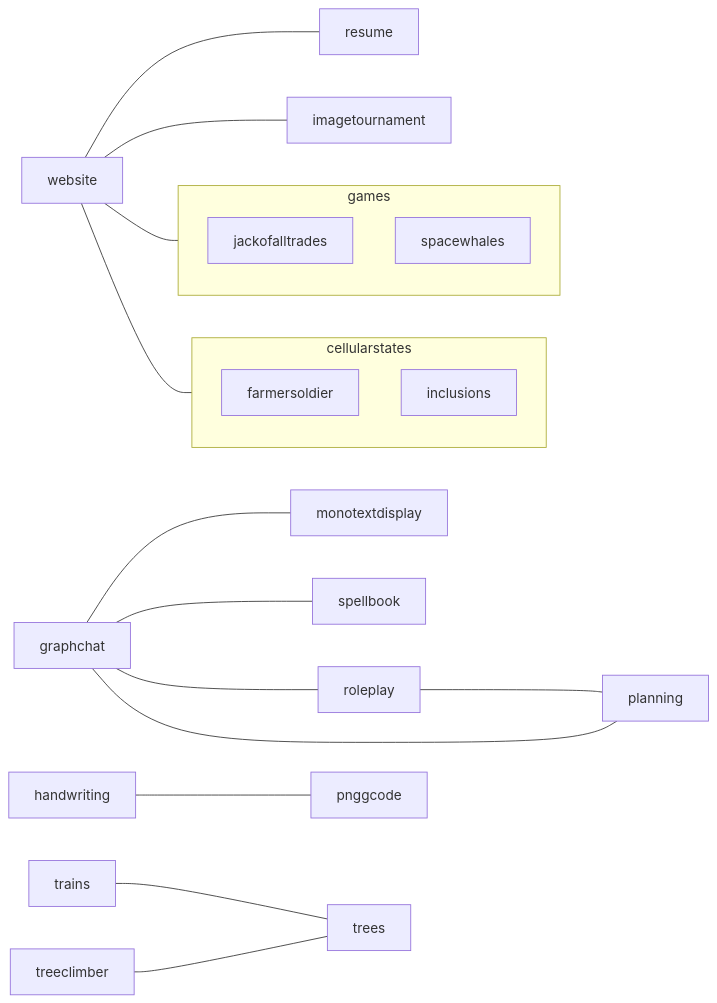
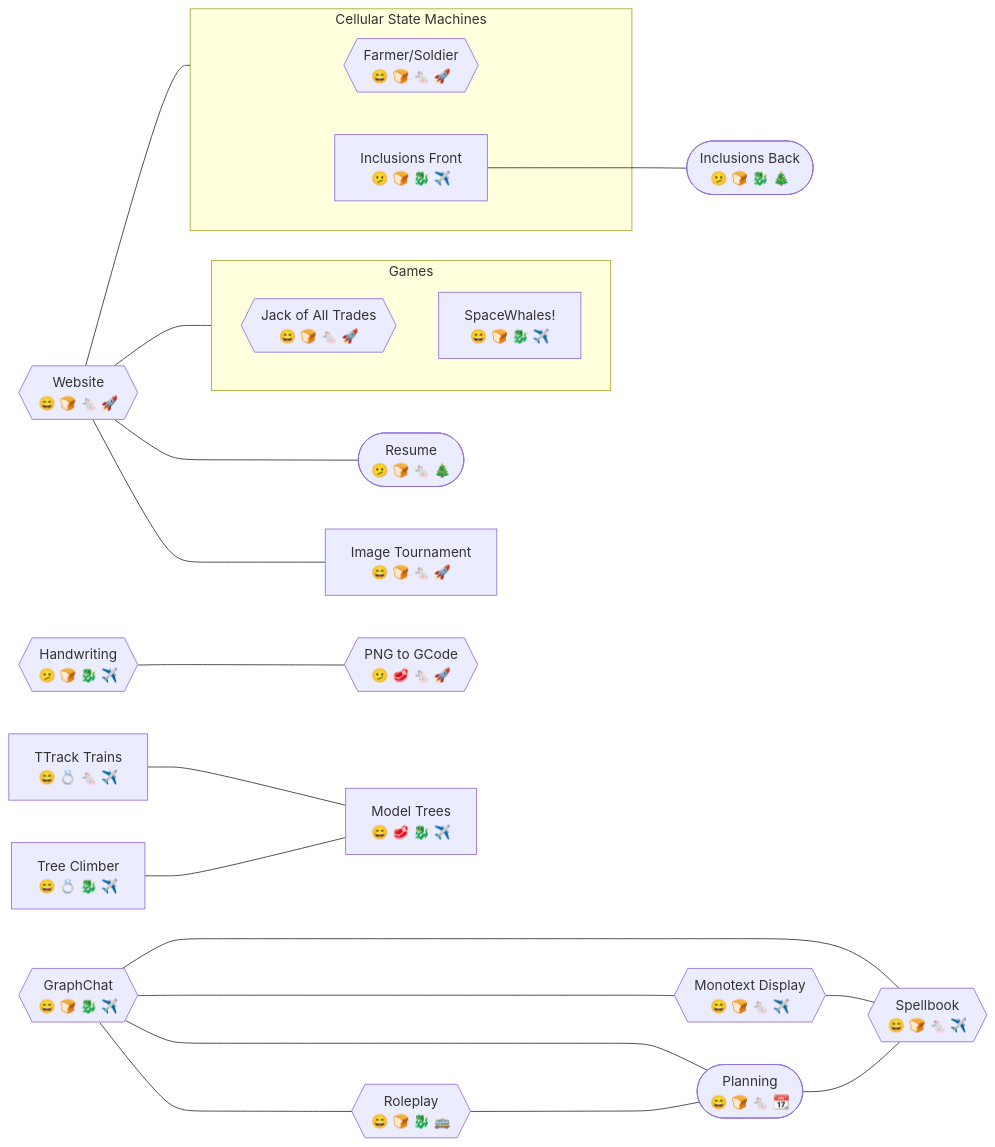
One commit to eipiguy/planning changed the diagram in ideas.md. Above: the diagram before and after it, drawn with Mermaid. The commit also changed other lines of this file and 1 other file, not shown here.

Commit message:
metrics given some more thought

````diff
--- a/ideas.md
+++ b/ideas.md
@@ -32,30 +32,57 @@
 ```mermaid
 graph LR
 
+website{{"Website\n 😄 🍞 🐁 🚀"}}
+resume(["Resume\n 🫤 🍞 🐁 🎄"])
+imagetournament["Image Tournament\n 😄 🍞 🐁 🚀"]
+
+subgraph games["Games"]
+  jackofalltrades{{"Jack of All Trades\n 😄 🍞 🐁 🚀"}}
+  spacewhales["SpaceWhales!\n 😄 🍞 🐉 ✈️"]
+end
+
+subgraph cellularstates["Cellular State Machines"]
+  farmersoldier{{"Farmer/Soldier\n 😄 🍞 🐁 🚀"}}
+  inclusionsfront["Inclusions Front\n 🫤 🍞 🐉 ✈️"]
+end
+inclusionsback(["Inclusions Back\n 🫤 🍞 🐉 🎄"])
+
+website---resume
+website---imagetournament
 website---games
 website---cellularstates
-website---resume
-website---imagetournament
 
-subgraph games
-  jackofalltrades
-  spacewhales
-end
+inclusionsfront---inclusionsback
 
-subgraph cellularstates
-  farmersoldier
-  inclusions
-end
+
+graphchat{{"GraphChat\n 😄 🍞 🐉 ✈️"}}
+monotextdisplay{{"Monotext Display\n 😄 🍞 🐁 ✈️"}}
+spellbook{{"Spellbook\n 😄 🍞 🐁 ✈️"}}
+roleplay{{"Roleplay\n 😄 🍞 🐉 🚌"}}
+planning(["Planning\n 😄 🍞 🐁 📆"])
+
 
 graphchat---monotextdisplay
 graphchat---spellbook
 graphchat---roleplay
+graphchat---planning
 
-graphchat---planning;
 roleplay---planning
+
+monotextdisplay---spellbook
+
+planning---spellbook
+
+
+handwriting{{"Handwriting\n 🫤 🍞 🐉 ✈️"}}
+pnggcode{{"PNG to GCode\n 🫤 🥩 🐁 🚀"}}
 
 handwriting---pnggcode
 
-trains---trees;
-treeclimber---trees;
+trains["TTrack Trains\n 😄 💍 🐁 ✈️"]
+treeclimber["Tree Climber\n 😄 💍 🐉 ✈️"]
+trees["Model Trees\n 😄 🥩 🐉 ✈️"]
+
+trains---trees
+treeclimber---trees
 ```
````
